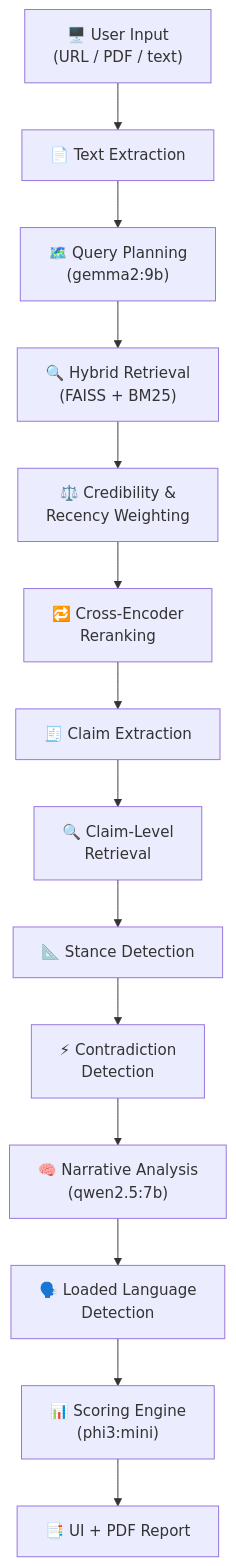
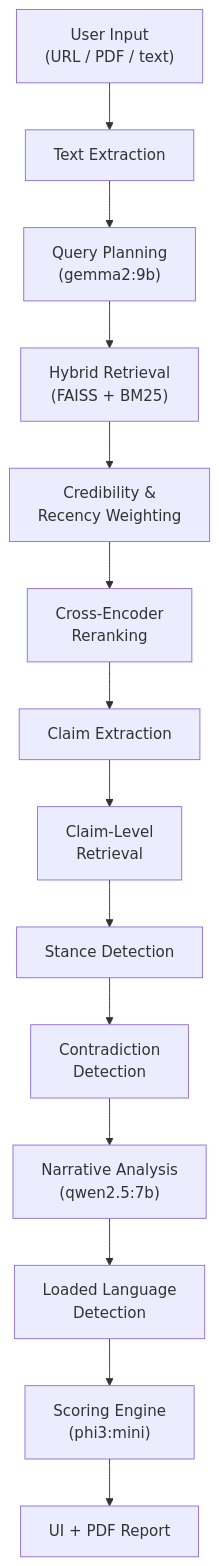
The first of 2 diagrams in README.md (NagarjunaVem/Source-Bias-Analyzer), drawn with Mermaid before and after one commit. The commit also changed other lines of this file, not shown here.

Commit message:
Update timing for scraper loop and indexing consumer

````diff
--- a/README.md
+++ b/README.md
@@ -26,19 +26,19 @@
 ```mermaid
 flowchart TD
-    A["🖥️ User Input\n(URL / PDF / text)"]
-    B["📄 Text Extraction"]
-    C["🗺️ Query Planning\n(gemma2:9b)"]
-    D["🔍 Hybrid Retrieval\n(FAISS + BM25)"]
-    E["⚖️ Credibility &\nRecency Weighting"]
-    F["🔁 Cross-Encoder\nReranking"]
-    G["🧾 Claim Extraction"]
-    H["🔍 Claim-Level\nRetrieval"]
-    I["📐 Stance Detection"]
-    J["⚡ Contradiction\nDetection"]
-    K["🧠 Narrative Analysis\n(qwen2.5:7b)"]
-    L["🗣️ Loaded Language\nDetection"]
-    M["📊 Scoring Engine\n(phi3:mini)"]
-    N["📑 UI + PDF Report"]
+    A["User Input\n(URL / PDF / text)"]
+    B["Text Extraction"]
+    C["Query Planning\n(gemma2:9b)"]
+    D["Hybrid Retrieval\n(FAISS + BM25)"]
+    E["Credibility &\nRecency Weighting"]
+    F["Cross-Encoder\nReranking"]
+    G["Claim Extraction"]
+    H["Claim-Level\nRetrieval"]
+    I["Stance Detection"]
+    J["Contradiction\nDetection"]
+    K["Narrative Analysis\n(qwen2.5:7b)"]
+    L["Loaded Language\nDetection"]
+    M["Scoring Engine\n(phi3:mini)"]
+    N["UI + PDF Report"]
 
     A --> B --> C --> D --> E --> F --> G --> H --> I --> J --> K --> L --> M --> N
 ```
````
